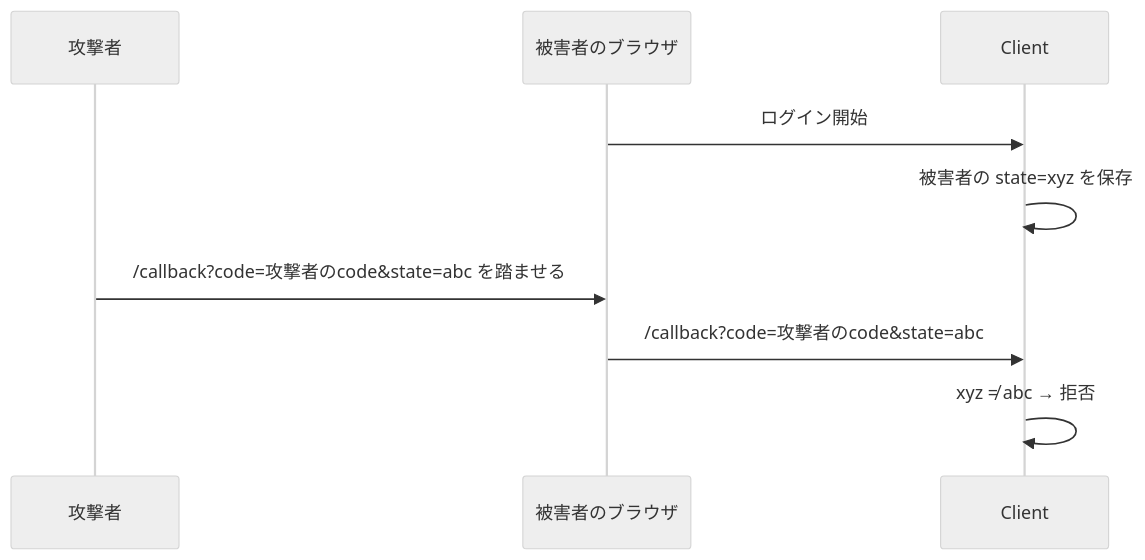
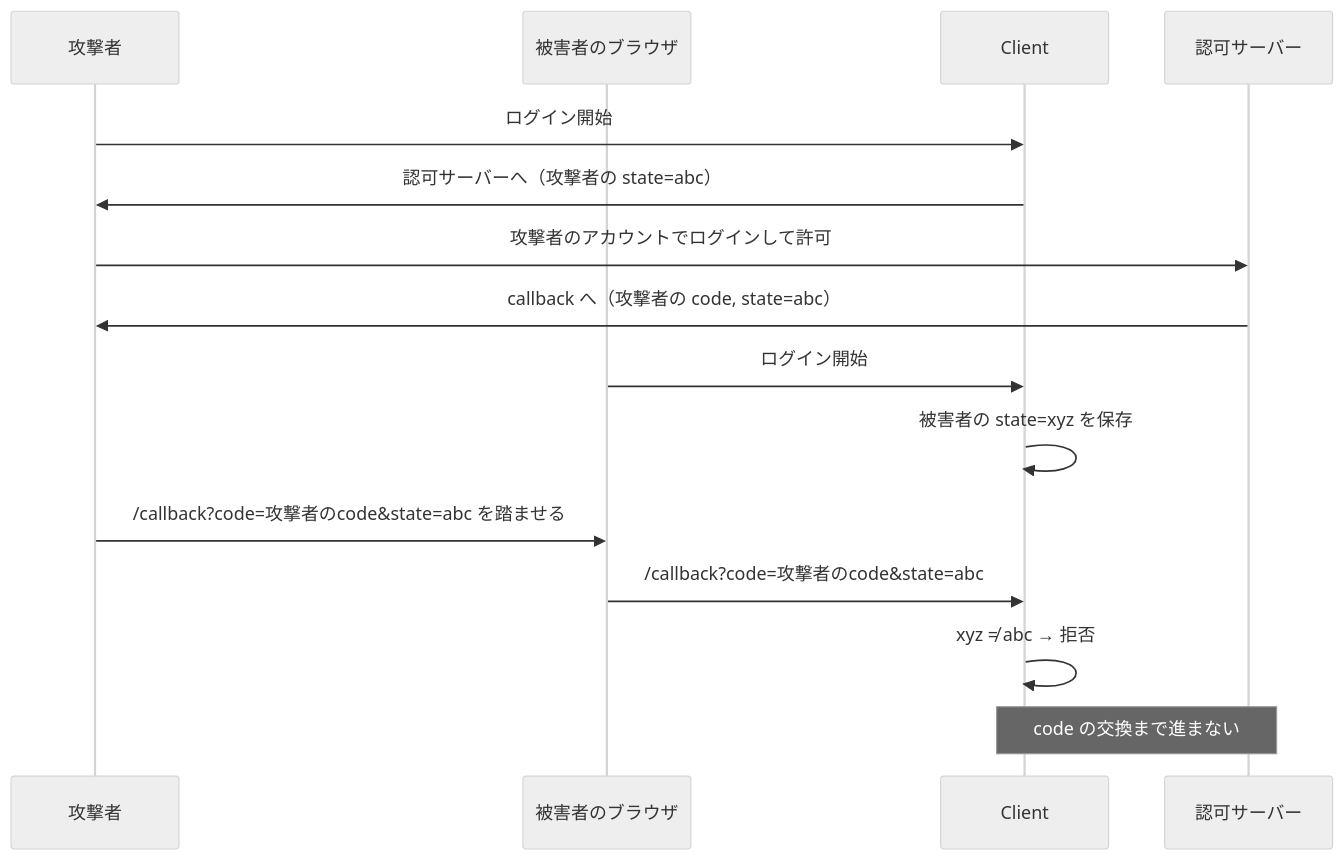
Before and after one commit to newbee1939/til: the third of 3 diagrams in 2026/11/09.md, drawn with Mermaid (neutral theme). The commit also changed other lines of this file, not shown here.

````diff
--- a/2026/11/09.md
+++ b/2026/11/09.md
@@ -55,12 +64,18 @@
 ```mermaid
 sequenceDiagram
     participant A as 攻撃者
     participant V as 被害者のブラウザ
     participant C as Client
+    participant AS as 認可サーバー
 
+    A->>C: ログイン開始
+    C->>A: 認可サーバーへ（攻撃者の state=abc）
+    A->>AS: 攻撃者のアカウントでログインして許可
+    AS->>A: callback へ（攻撃者の code, state=abc）
     V->>C: ログイン開始
     C->>C: 被害者の state=xyz を保存
     A->>V: /callback?code=攻撃者のcode&state=abc を踏ませる
     V->>C: /callback?code=攻撃者のcode&state=abc
     C->>C: xyz ≠ abc → 拒否
+    Note over C,AS: code の交換まで進まない
 ```
````
